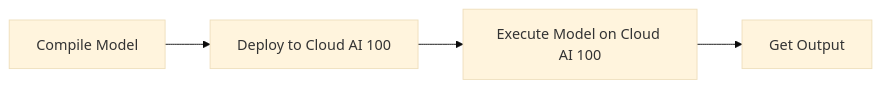
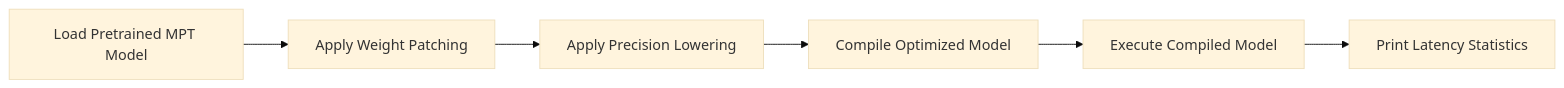
Before and after one commit to smedhe/AI_BUZZ_V2: the first of 2 diagrams in .cache/https-github.com-quic-efficient-transformers-18e1b4eec51a/wiki_pages/page-13.md, drawn with Mermaid (base theme). The commit also changed other lines of this file and 78 other files, not shown here.

````diff
--- a/.cache/https-github.com-quic-efficient-transformers-18e1b4eec51a/wiki_pages/page-13.md
+++ b/.cache/https-github.com-quic-efficient-transformers-18e1b4eec51a/wiki_pages/page-13.md
@@ -21,6 +37,8 @@
 ```mermaid
-graph LR
-    A[Compile Model] --> B[Deploy to Cloud AI 100]
-    B --> C[Execute Model on Cloud AI 100]
-    C --> D[Get Output]
+flowchart LR
+    A[Load Pretrained MPT Model] --> B[Apply Weight Patching]
+    B --> C[Apply Precision Lowering]
+    C --> D[Compile Optimized Model]
+    D --> E[Execute Compiled Model]
+    E --> F[Print Latency Statistics]
 ```
````
